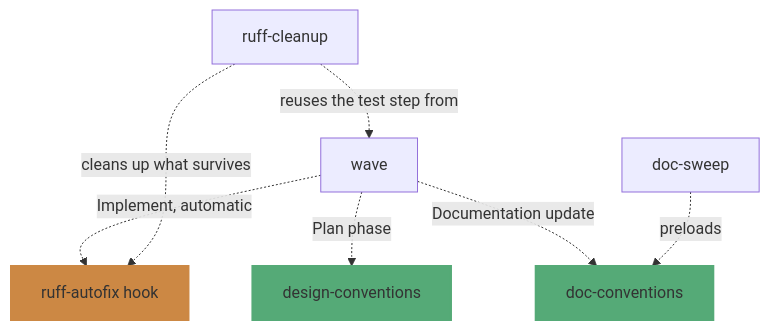
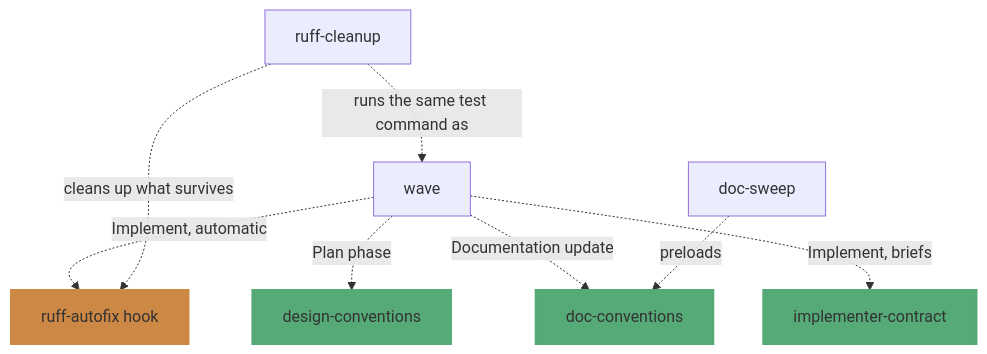
One commit to Peter-Ewald/agents changed the fourth of 4 diagrams in docs/04-working-with-the-harness.md. Above: the diagram before and after it, drawn with Mermaid. The commit also changed other lines of this file and 64 other files, not shown here.

````diff
--- a/docs/04-working-with-the-harness.md
+++ b/docs/04-working-with-the-harness.md
@@ -147,13 +136,15 @@
 ```mermaid
 graph TD
   wave["wave"] -.->|"Plan phase"| dc["design-conventions"]
   wave -.->|"Documentation update"| doccv["doc-conventions"]
   wave -.->|"Implement, automatic"| autofix["ruff-autofix hook"]
+  wave -.->|"Implement, briefs"| impl["implementer-contract"]
   sweep["doc-sweep"] -.->|"preloads"| doccv
   cleanup["ruff-cleanup"] -.->|"cleans up what survives"| autofix
-  cleanup -.->|"reuses the test step from"| wave
+  cleanup -.->|"runs the same test command as"| wave
 
   style dc fill:#55aa77,stroke:#55aa77,stroke-width:2px
   style doccv fill:#55aa77,stroke:#55aa77,stroke-width:2px
   style autofix fill:#cc8844,stroke:#cc8844,stroke-width:2px
+  style impl fill:#55aa77,stroke:#55aa77,stroke-width:2px
 ```
````
